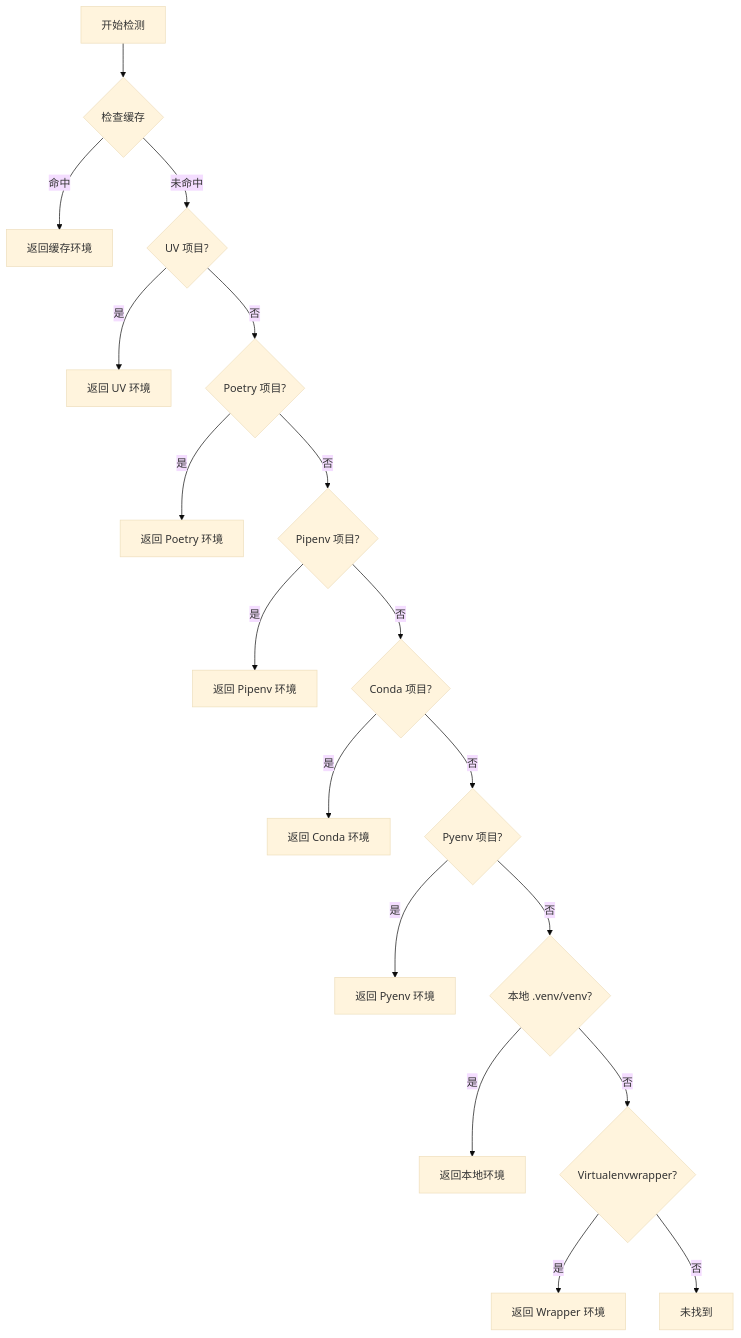
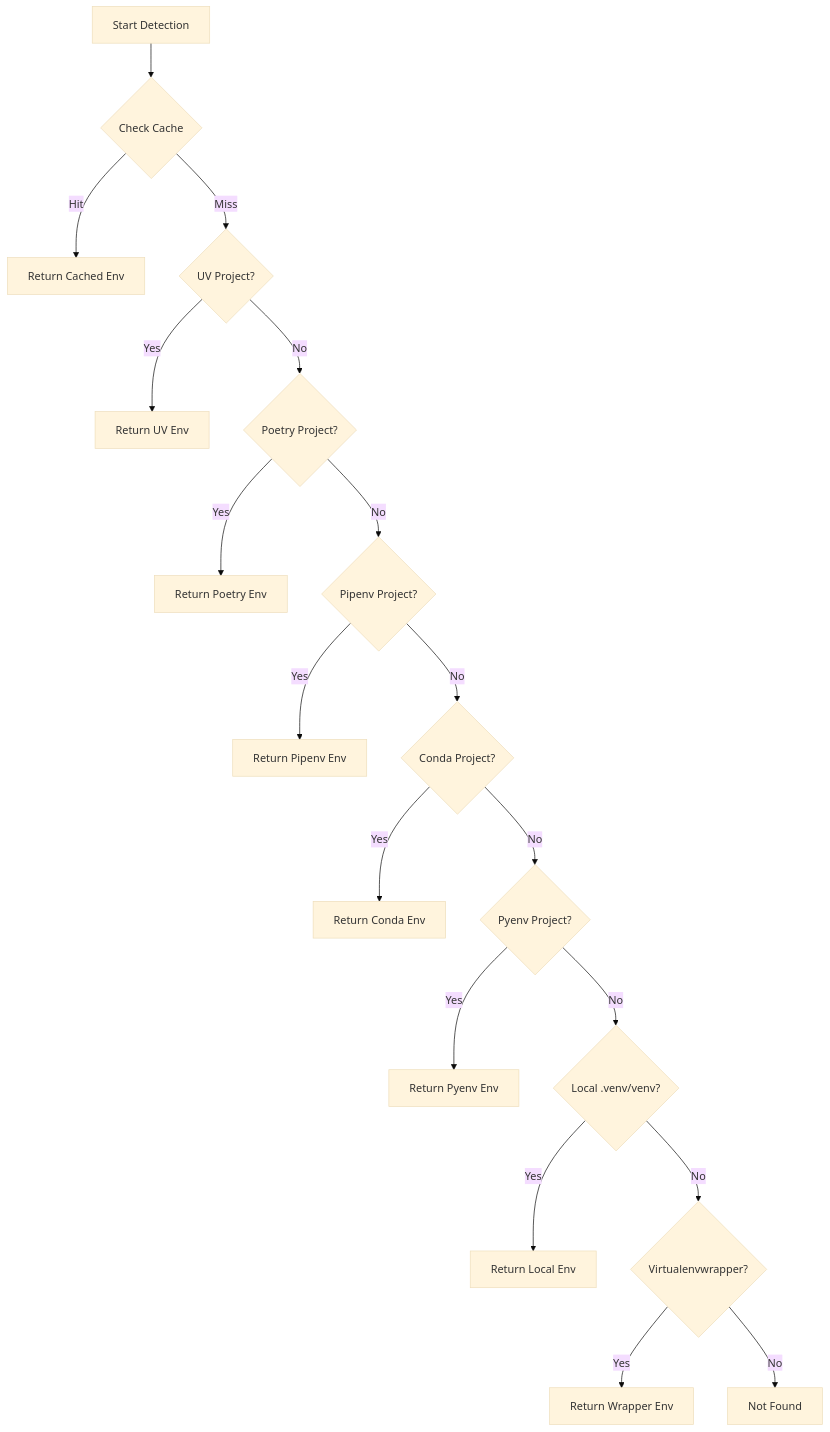
The diagram in README.md (1A7432/nvim-python-venv), drawn with Mermaid (base theme) before and after one commit. The commit also changed other lines of this file and 4 other files, not shown here.

````diff
--- a/README.md
+++ b/README.md
@@ -204,20 +206,20 @@
 ```mermaid
 graph TD
-    Start[开始检测] --> Cache{检查缓存}
-    Cache -->|命中| Return1[返回缓存环境]
-    Cache -->|未命中| UV{UV 项目?}
-    UV -->|是| Return2[返回 UV 环境]
-    UV -->|否| Poetry{Poetry 项目?}
-    Poetry -->|是| Return3[返回 Poetry 环境]
-    Poetry -->|否| Pipenv{Pipenv 项目?}
-    Pipenv -->|是| Return4[返回 Pipenv 环境]
-    Pipenv -->|否| Conda{Conda 项目?}
-    Conda -->|是| Return5[返回 Conda 环境]
-    Conda -->|否| Pyenv{Pyenv 项目?}
-    Pyenv -->|是| Return6[返回 Pyenv 环境]
-    Pyenv -->|否| Local{本地 .venv/venv?}
-    Local -->|是| Return7[返回本地环境]
-    Local -->|否| Wrapper{Virtualenvwrapper?}
-    Wrapper -->|是| Return8[返回 Wrapper 环境]
-    Wrapper -->|否| Return9[未找到]
+    Start[Start Detection] --> Cache{Check Cache}
+    Cache -->|Hit| Return1[Return Cached Env]
+    Cache -->|Miss| UV{UV Project?}
+    UV -->|Yes| Return2[Return UV Env]
+    UV -->|No| Poetry{Poetry Project?}
+    Poetry -->|Yes| Return3[Return Poetry Env]
+    Poetry -->|No| Pipenv{Pipenv Project?}
+    Pipenv -->|Yes| Return4[Return Pipenv Env]
+    Pipenv -->|No| Conda{Conda Project?}
+    Conda -->|Yes| Return5[Return Conda Env]
+    Conda -->|No| Pyenv{Pyenv Project?}
+    Pyenv -->|Yes| Return6[Return Pyenv Env]
+    Pyenv -->|No| Local{Local .venv/venv?}
+    Local -->|Yes| Return7[Return Local Env]
+    Local -->|No| Wrapper{Virtualenvwrapper?}
+    Wrapper -->|Yes| Return8[Return Wrapper Env]
+    Wrapper -->|No| Return9[Not Found]
 ```
````
